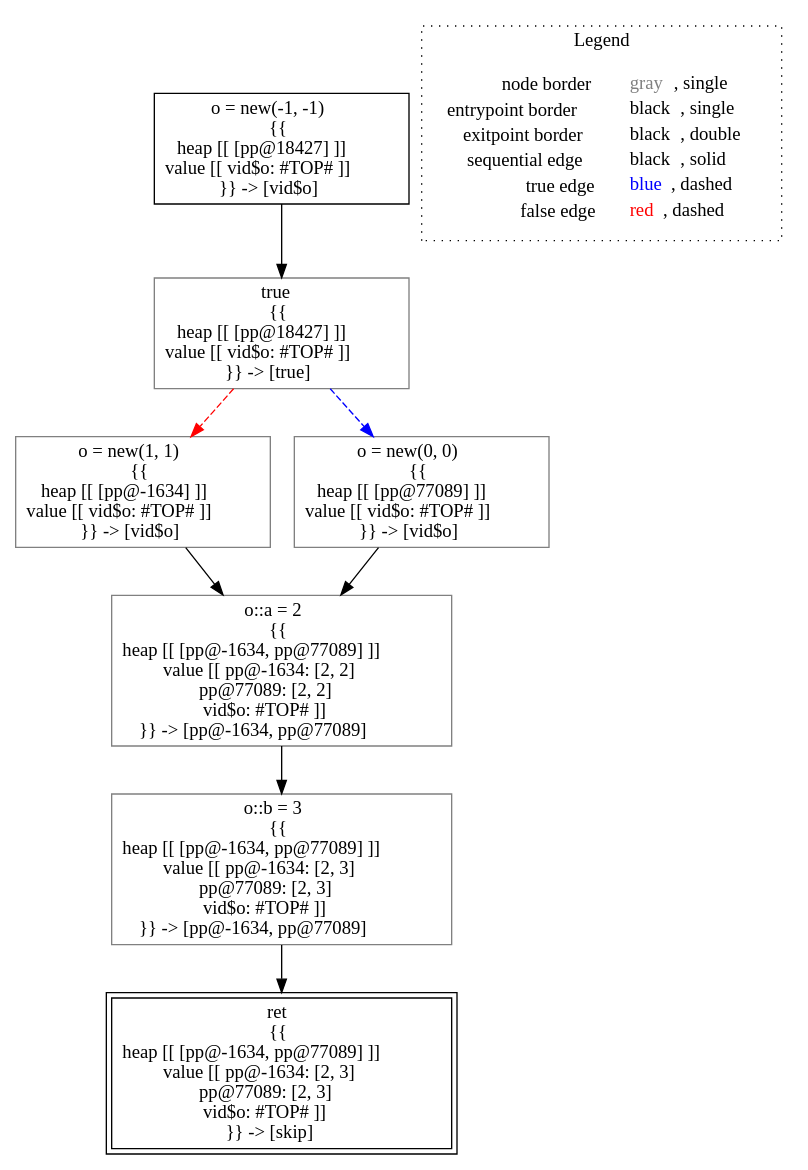
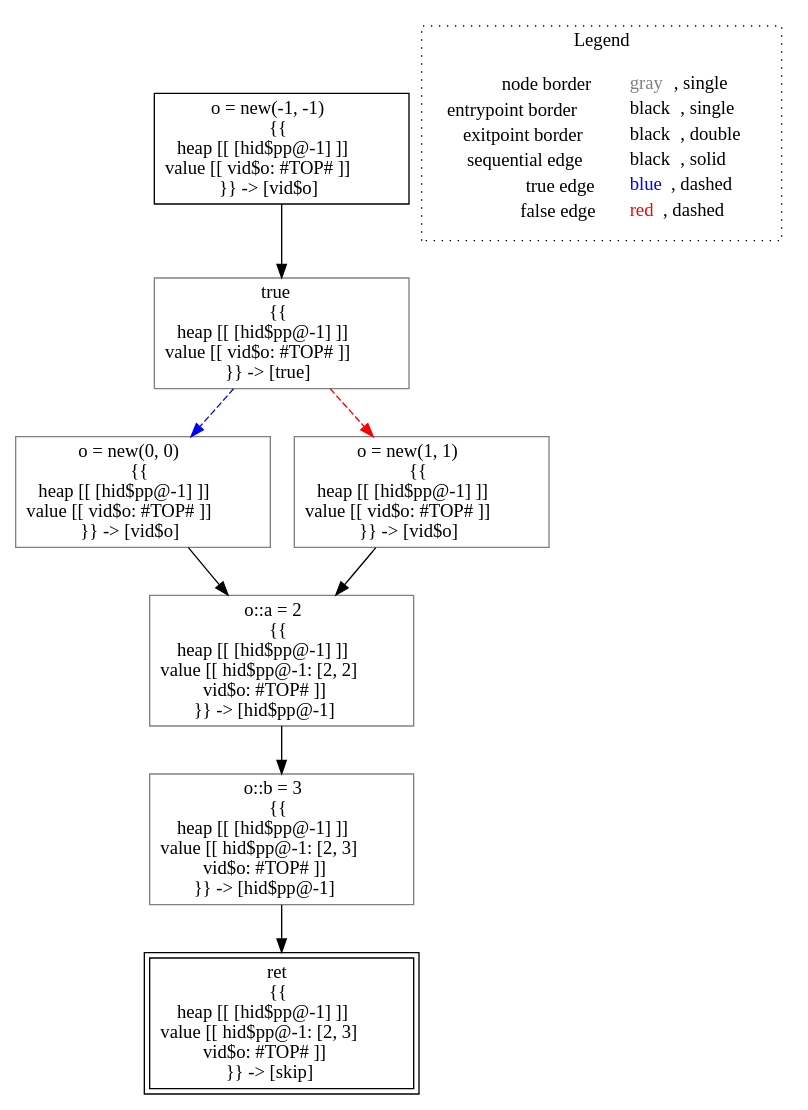
Before and after one commit to lisa-analyzer/lisa: the diagram in lisa/imp-testcases/heap/point-based-heap/field-insensitive/analysis___untyped_A.f3().dot, drawn with Graphviz. The commit also changed 14 other files, not shown here.

```diff
--- a/lisa/imp-testcases/heap/point-based-heap/field-insensitive/analysis___untyped_A.f3().dot
+++ b/lisa/imp-testcases/heap/point-based-heap/field-insensitive/analysis___untyped_A.f3().dot
@@ -1,23 +1,23 @@
 digraph {
-	"node0" [shape="rect",color="black",label=<o = new(-1, -1)<BR/>{{<BR/>heap [[ [pp@18427] ]]<BR/>value [[ vid$o: #TOP# ]]<BR/>}} -&gt; [vid$o]>];
-	"node1" [shape="rect",color="gray",label=<o = new(1, 1)<BR/>{{<BR/>heap [[ [pp@-1634] ]]<BR/>value [[ vid$o: #TOP# ]]<BR/>}} -&gt; [vid$o]>];
-	"node2" [shape="rect",color="black",peripheries="2",label=<ret<BR/>{{<BR/>heap [[ [pp@-1634, pp@77089] ]]<BR/>value [[ pp@-1634: [2, 3]<BR/>pp@77089: [2, 3]<BR/>vid$o: #TOP# ]]<BR/>}} -&gt; [skip]>];
-	"node3" [shape="rect",color="gray",label=<o::b = 3<BR/>{{<BR/>heap [[ [pp@-1634, pp@77089] ]]<BR/>value [[ pp@-1634: [2, 3]<BR/>pp@77089: [2, 3]<BR/>vid$o: #TOP# ]]<BR/>}} -&gt; [pp@-1634, pp@77089]>];
-	"node4" [shape="rect",color="gray",label=<o::a = 2<BR/>{{<BR/>heap [[ [pp@-1634, pp@77089] ]]<BR/>value [[ pp@-1634: [2, 2]<BR/>pp@77089: [2, 2]<BR/>vid$o: #TOP# ]]<BR/>}} -&gt; [pp@-1634, pp@77089]>];
-	"node5" [shape="rect",color="gray",label=<true<BR/>{{<BR/>heap [[ [pp@18427] ]]<BR/>value [[ vid$o: #TOP# ]]<BR/>}} -&gt; [true]>];
-	"node6" [shape="rect",color="gray",label=<o = new(0, 0)<BR/>{{<BR/>heap [[ [pp@77089] ]]<BR/>value [[ vid$o: #TOP# ]]<BR/>}} -&gt; [vid$o]>];
-	"node1" -> "node4" [color="black"];
-	"node3" -> "node2" [color="black"];
-	"node4" -> "node3" [color="black"];
-	"node5" -> "node1" [color="red",style="dashed"];
-	"node5" -> "node6" [color="blue",style="dashed"];
-	"node0" -> "node5" [color="black"];
-	"node6" -> "node4" [color="black"];
+	"node0" [shape="rect",color="black",label=<o = new(-1, -1)<BR/>{{<BR/>heap [[ [hid$pp@-1] ]]<BR/>value [[ vid$o: #TOP# ]]<BR/>}} -&gt; [vid$o]>];
+	"node1" [shape="rect",color="gray",label=<o = new(0, 0)<BR/>{{<BR/>heap [[ [hid$pp@-1] ]]<BR/>value [[ vid$o: #TOP# ]]<BR/>}} -&gt; [vid$o]>];
+	"node2" [shape="rect",color="black",peripheries="2",label=<ret<BR/>{{<BR/>heap [[ [hid$pp@-1] ]]<BR/>value [[ hid$pp@-1: [2, 3]<BR/>vid$o: #TOP# ]]<BR/>}} -&gt; [skip]>];
+	"node3" [shape="rect",color="gray",label=<true<BR/>{{<BR/>heap [[ [hid$pp@-1] ]]<BR/>value [[ vid$o: #TOP# ]]<BR/>}} -&gt; [true]>];
+	"node4" [shape="rect",color="gray",label=<o = new(1, 1)<BR/>{{<BR/>heap [[ [hid$pp@-1] ]]<BR/>value [[ vid$o: #TOP# ]]<BR/>}} -&gt; [vid$o]>];
+	"node5" [shape="rect",color="gray",label=<o::b = 3<BR/>{{<BR/>heap [[ [hid$pp@-1] ]]<BR/>value [[ hid$pp@-1: [2, 3]<BR/>vid$o: #TOP# ]]<BR/>}} -&gt; [hid$pp@-1]>];
+	"node6" [shape="rect",color="gray",label=<o::a = 2<BR/>{{<BR/>heap [[ [hid$pp@-1] ]]<BR/>value [[ hid$pp@-1: [2, 2]<BR/>vid$o: #TOP# ]]<BR/>}} -&gt; [hid$pp@-1]>];
+	"node0" -> "node3" [color="black"];
+	"node1" -> "node6" [color="black"];
+	"node3" -> "node1" [color="blue",style="dashed"];
+	"node3" -> "node4" [color="red",style="dashed"];
+	"node4" -> "node6" [color="black"];
+	"node5" -> "node2" [color="black"];
+	"node6" -> "node5" [color="black"];
 subgraph cluster_legend {
 	label="Legend";
 	style=dotted;
 	node [shape=plaintext];
 	"legend" [label=<<table border="0" cellpadding="2" cellspacing="0" cellborder="0"><tr><td align="right">node border&nbsp;</td><td align="left"><font color="gray">gray</font>, single</td></tr><tr><td align="right">entrypoint border&nbsp;</td><td align="left"><font color="black">black</font>, single</td></tr><tr><td align="right">exitpoint border&nbsp;</td><td align="left"><font color="black">black</font>, double</td></tr><tr><td align="right">sequential edge&nbsp;</td><td align="left"><font color="black">black</font>, solid</td></tr><tr><td align="right">true edge&nbsp;</td><td align="left"><font color="blue">blue</font>, dashed</td></tr><tr><td align="right">false edge&nbsp;</td><td align="left"><font color="red">red</font>, dashed</td></tr></table>>];
 }
 
 }
```
